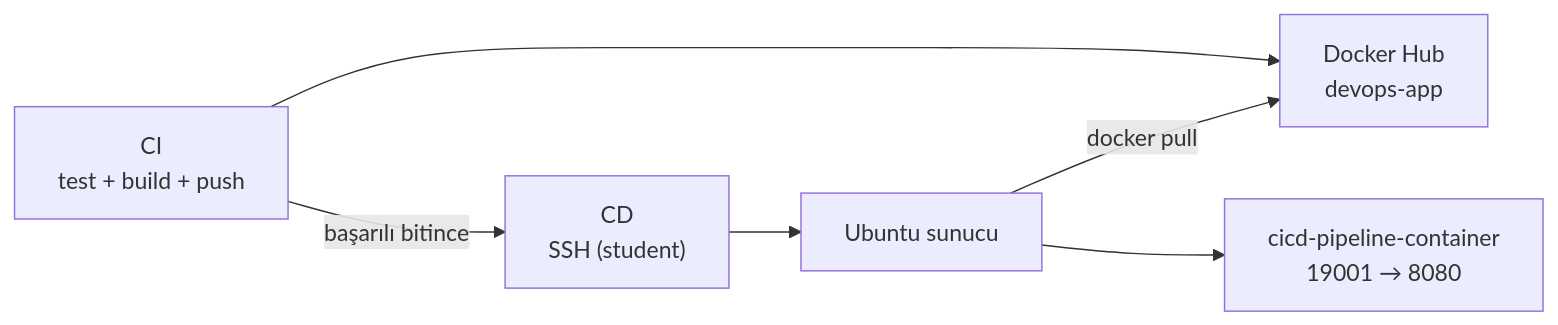
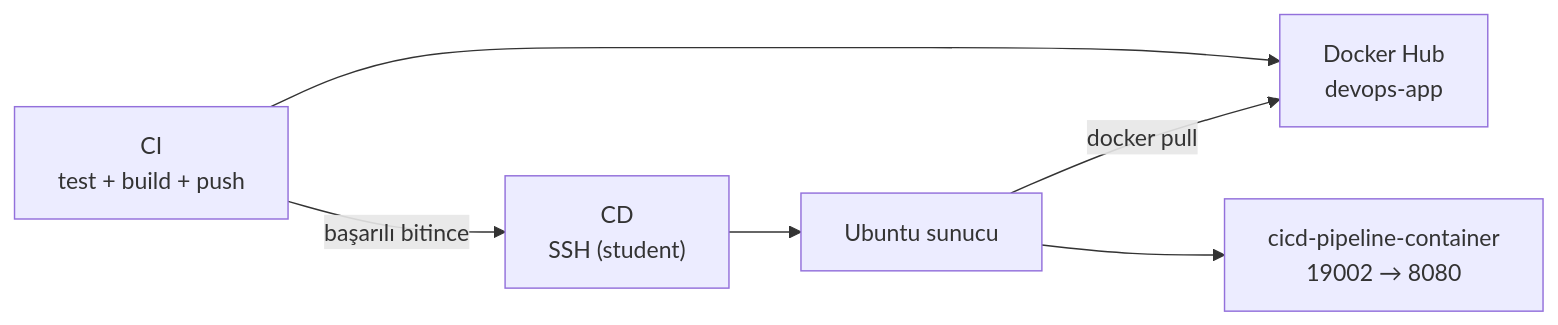
Before and after one commit to hakanbayraktar/ci-cd-docker: the diagram in README.md, drawn with Mermaid. The commit also changed other lines of this file and 1 other file, not shown here.

````diff
--- a/README.md
+++ b/README.md
@@ -8,8 +8,8 @@
 ```mermaid
 flowchart LR
     C["CI<br/>test + build + push"] --> H["Docker Hub<br/>devops-app"]
     C -- "başarılı bitince" --> D["CD<br/>SSH (student)"]
     D --> S["Ubuntu sunucu"]
     S -- "docker pull" --> H
-    S --> K["cicd-pipeline-container<br/>19001 → 8080"]
+    S --> K["cicd-pipeline-container<br/>19002 → 8080"]
 ```
````
